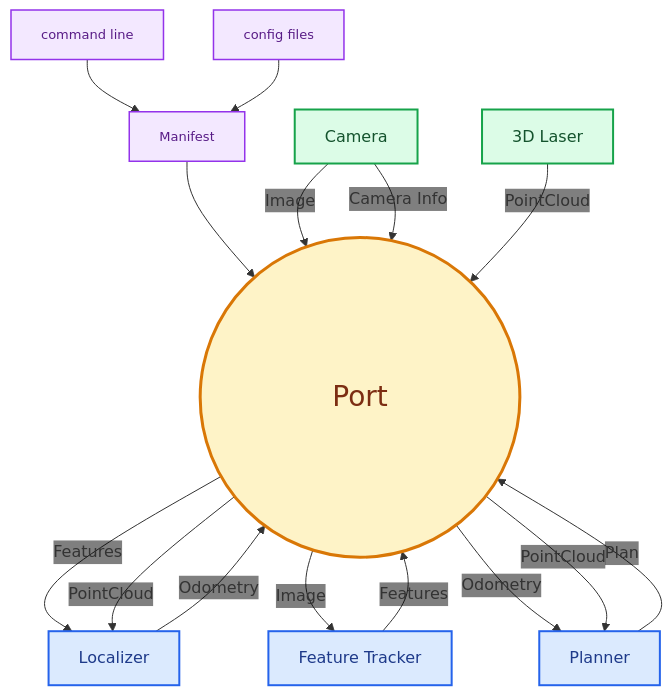
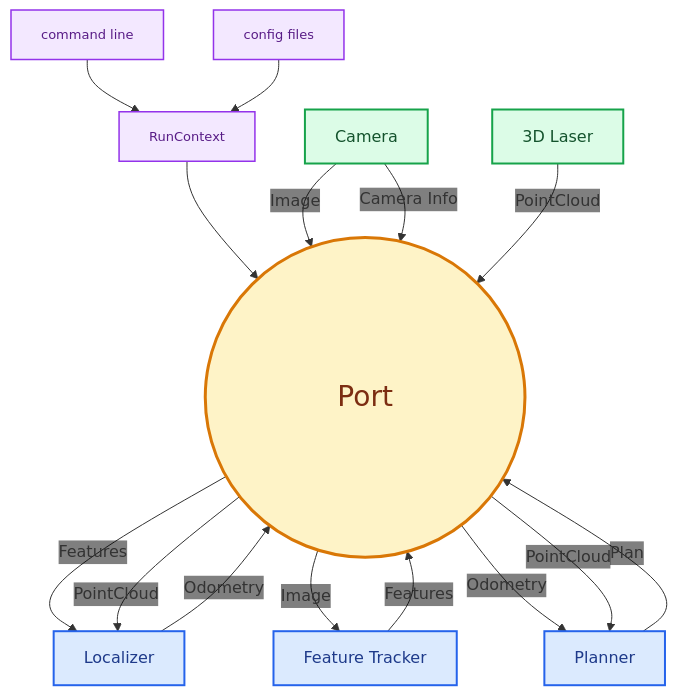
Before and after one commit to ajakhotia/nioc: the first of 2 diagrams in README.md, drawn with Mermaid. The commit also changed other lines of this file and 35 other files, not shown here.

````diff
--- a/README.md
+++ b/README.md
@@ -210,41 +212,41 @@
 ```mermaid
 %%{init: {"themeVariables": {"edgeLabelBackground": "transparent"}, "themeCSS": ".edgeLabel { font-size: 10px; }"}}%%
 flowchart TB
   classDef input     fill:#f3e8ff,stroke:#9333ea,stroke-width:1.5px,color:#581c87,font-size:13px;
   classDef driver    fill:#dcfce7,stroke:#16a34a,stroke-width:2px,color:#14532d;
   classDef component fill:#dbeafe,stroke:#2563eb,stroke-width:2px,color:#1e3a8a;
   classDef port      fill:#fef3c7,stroke:#d97706,stroke-width:3px,color:#7c2d12,font-size:28px;
 
   CLI["command line"]:::input
   FILES["config files"]:::input
-  MANIFEST["Manifest"]:::input
+  RUNCTX["RunContext"]:::input
 
   CAM["Camera"]:::driver
   LASER["3D Laser"]:::driver
 
   PORT(("&nbsp;&nbsp;&nbsp;&nbsp;&nbsp;&nbsp;&nbsp;&nbsp;&nbsp;&nbsp;&nbsp;&nbsp;&nbsp;&nbsp;Port&nbsp;&nbsp;&nbsp;&nbsp;&nbsp;&nbsp;&nbsp;&nbsp;&nbsp;&nbsp;&nbsp;&nbsp;&nbsp;&nbsp;")):::port
 
 
   LOC["Localizer"]:::component
   TRK["Feature Tracker"]:::component
   PLN["Planner"]:::component
 
-  CLI --> MANIFEST
-  FILES --> MANIFEST
-  MANIFEST --> PORT
+  CLI --> RUNCTX
+  FILES --> RUNCTX
+  RUNCTX --> PORT
 
   CAM -- "Image" --> PORT
   CAM -- "Camera Info" --> PORT
   LASER -- "PointCloud" --> PORT
 
   PORT -- "Features" --> LOC
   PORT -- "PointCloud" --> LOC
   LOC -- "Odometry" --> PORT
 
   PORT -- "Image" --> TRK
   TRK -- "Features" --> PORT
 
   PORT -- "Odometry" --> PLN
   PORT -- "PointCloud" --> PLN
   PLN -- "Plan" --> PORT
 ```
````
